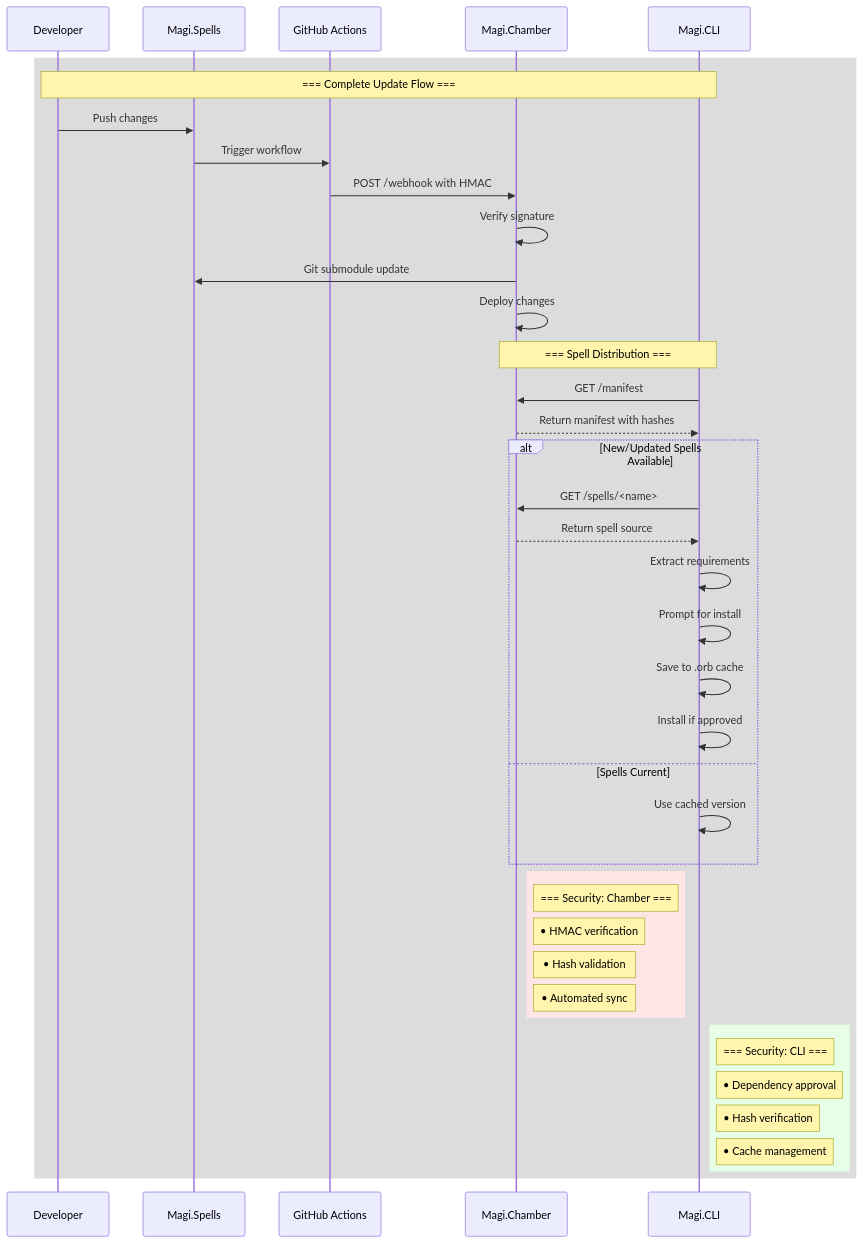
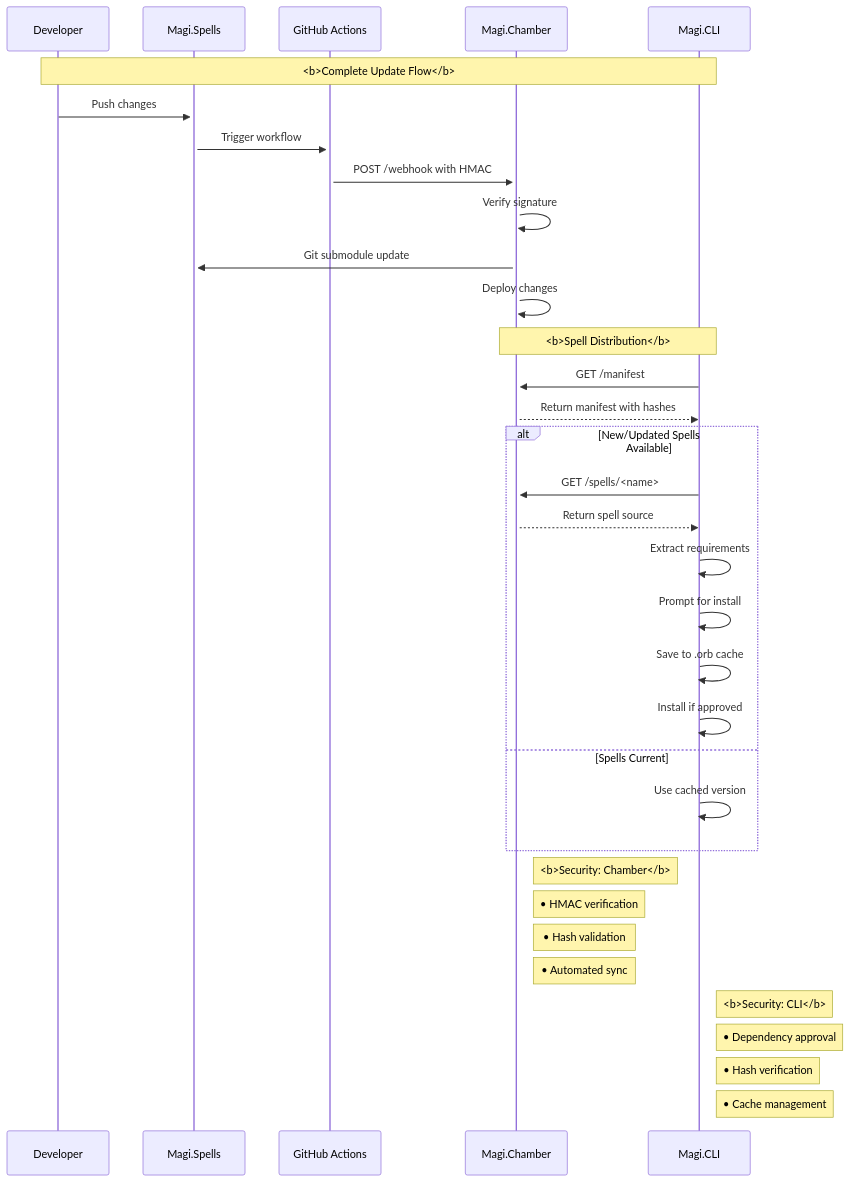
The diagram in README.md (bobbyhiddn/Magi.), drawn with Mermaid before and after one commit.

Commit message:
diagram update

````diff
--- a/README.md
+++ b/README.md
@@ -154,49 +154,46 @@
 ```mermaid
 sequenceDiagram
-    rect rgb(220, 220, 220)
-        participant Dev as Developer
-        participant Spells as Magi.Spells
-        participant Actions as GitHub Actions
-        participant Chamber as Magi.Chamber
-        participant CLI as Magi.CLI
+    participant Dev as Developer
+    participant Spells as Magi.Spells
+    participant Actions as GitHub Actions
+    participant Chamber as Magi.Chamber
+    participant CLI as Magi.CLI
 
-        note over Dev,CLI: === Complete Update Flow ===
+    %% Update Flow Section
+    note over Dev,CLI: <b>Complete Update Flow</b>
 
-        Dev->>Spells: Push changes
-        Spells->>Actions: Trigger workflow
-        Actions->>Chamber: POST /webhook with HMAC
-        Chamber->>Chamber: Verify signature
-        Chamber->>Spells: Git submodule update
-        Chamber->>Chamber: Deploy changes
+    Dev->>+Spells: Push changes
+    Spells->>+Actions: Trigger workflow
+    Actions->>+Chamber: POST /webhook with HMAC
+    Chamber->>Chamber: Verify signature
+    Chamber->>Spells: Git submodule update
+    Chamber->>Chamber: Deploy changes
 
-        note over CLI,Chamber: === Spell Distribution ===
+    %% Distribution Section
+    note over CLI,Chamber: <b>Spell Distribution</b>
 
-        CLI->>Chamber: GET /manifest
-        Chamber-->>CLI: Return manifest with hashes
-        
-        alt New/Updated Spells Available
-            CLI->>Chamber: GET /spells/<name>
-            Chamber-->>CLI: Return spell source
-            CLI->>CLI: Extract requirements
-            CLI->>CLI: Prompt for install
-            CLI->>CLI: Save to .orb cache
-            CLI->>CLI: Install if approved
-        else Spells Current
-            CLI->>CLI: Use cached version
-        end
+    CLI->>Chamber: GET /manifest
+    Chamber-->>CLI: Return manifest with hashes
+    
+    alt New/Updated Spells Available
+        CLI->>Chamber: GET /spells/<name>
+        Chamber-->>CLI: Return spell source
+        CLI->>CLI: Extract requirements
+        CLI->>CLI: Prompt for install
+        CLI->>CLI: Save to .orb cache
+        CLI->>CLI: Install if approved
+    else Spells Current
+        CLI->>CLI: Use cached version
+    end
 
-        rect rgb(255, 230, 230)
-            note right of Chamber: === Security: Chamber ===
-            note right of Chamber: • HMAC verification
-            note right of Chamber: • Hash validation
-            note right of Chamber: • Automated sync
-        end
+    %% Security Sections
+    note right of Chamber: <b>Security: Chamber</b>
+    note right of Chamber: • HMAC verification
+    note right of Chamber: • Hash validation
+    note right of Chamber: • Automated sync
 
-        rect rgb(230, 255, 230)
-            note right of CLI: === Security: CLI ===
-            note right of CLI: • Dependency approval
-            note right of CLI: • Hash verification
-            note right of CLI: • Cache management
-        end
-    end
+    note right of CLI: <b>Security: CLI</b>
+    note right of CLI: • Dependency approval
+    note right of CLI: • Hash verification
+    note right of CLI: • Cache management
 ```
````
